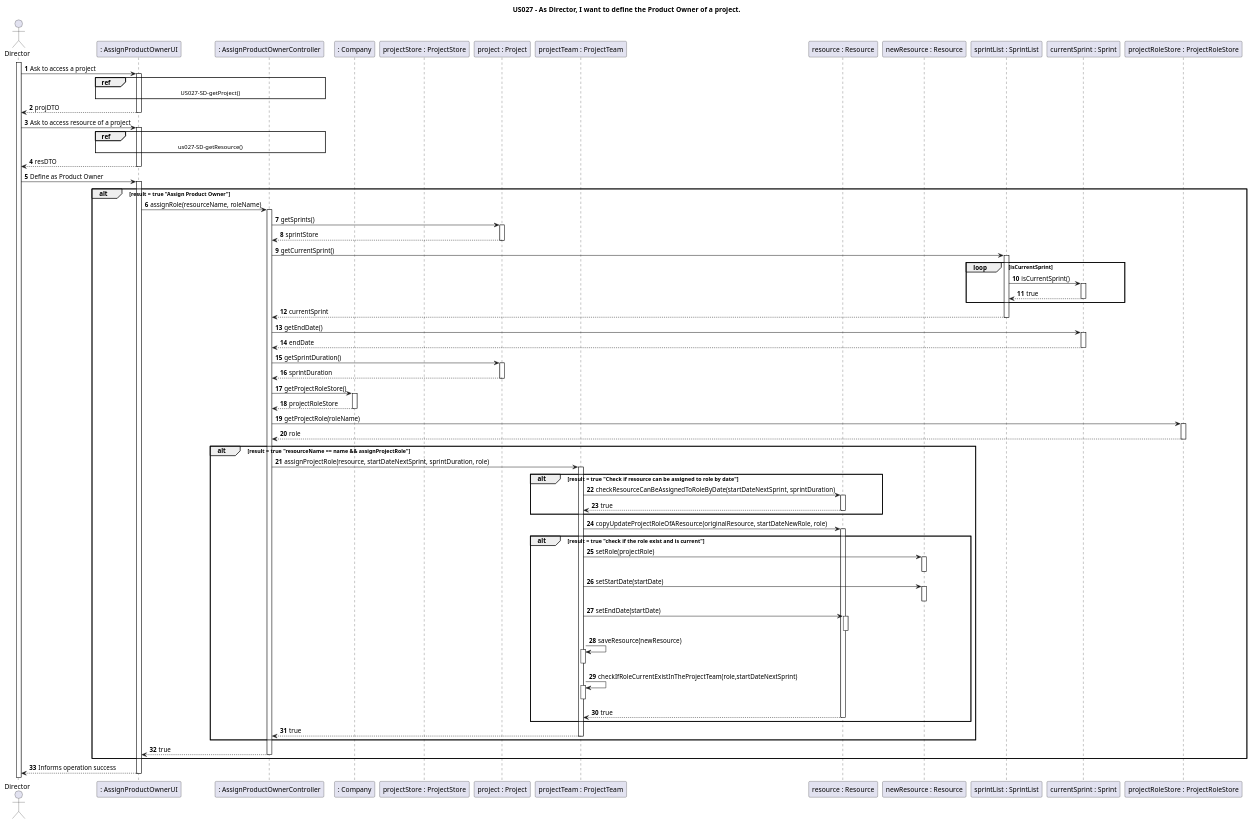
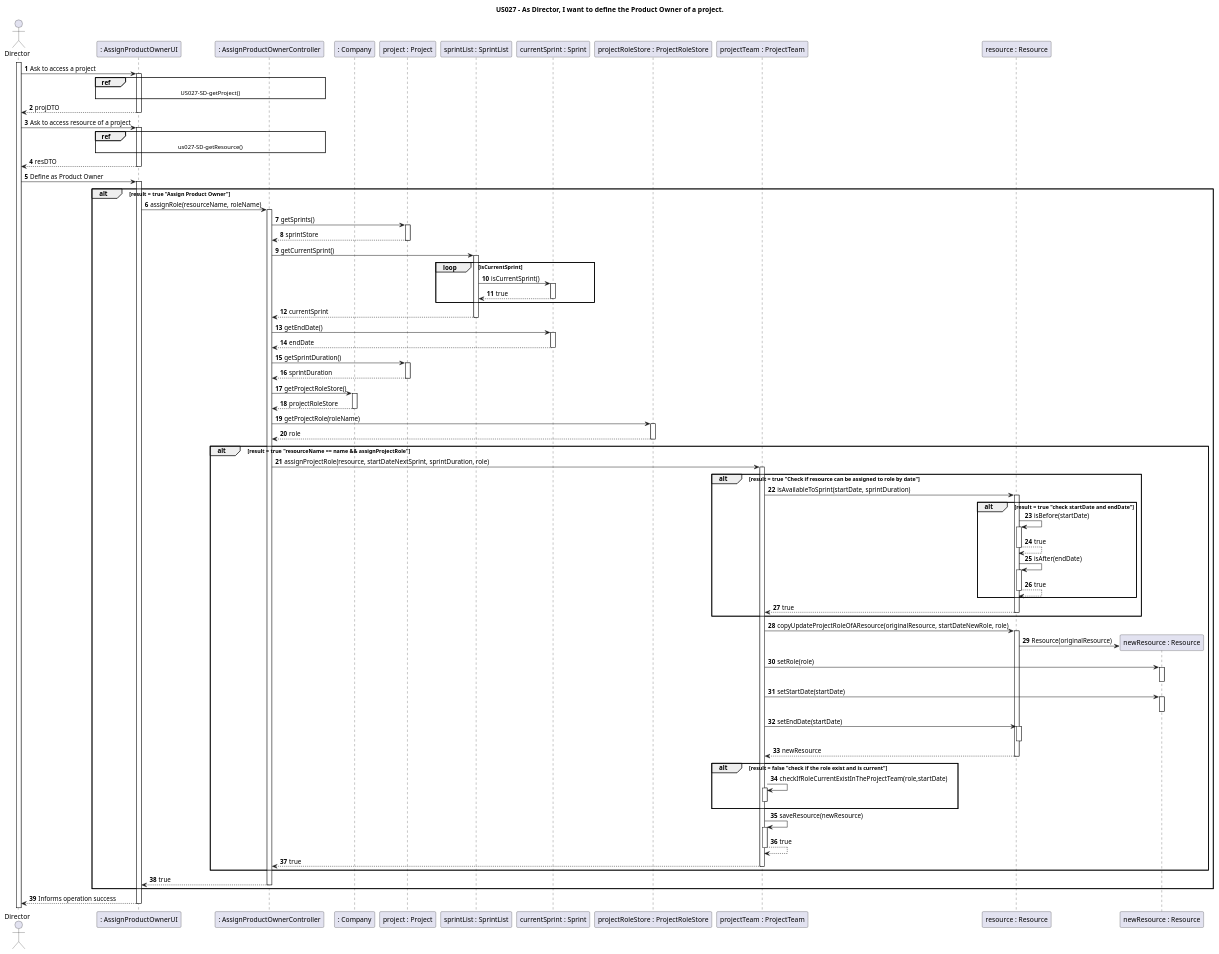
Before and after one commit to nunogon1211787/projectManagement: the diagram in docs/Sprint3/US027/US027-SD.puml, drawn with PlantUML. The commit also changed 5 other files, not shown here.

```diff
--- a/docs/Sprint3/US027/US027-SD.puml
+++ b/docs/Sprint3/US027/US027-SD.puml
@@ -1,77 +1,82 @@
 @startuml
 
 title "US027 - As Director, I want to define the Product Owner of a project."
 
 autoactivate on
 autonumber
 
 actor "Director" as Director
 participant ": AssignProductOwnerUI" as UI
 participant ": AssignProductOwnerController" as Controller
-participant ": Company" as C1
-participant "projectStore : ProjectStore" as C2
-participant "project : Project" as C3
-participant "projectTeam : ProjectTeam" as C4
-participant "resource : Resource" as C5
-participant "newResource : Resource" as C6
-participant "sprintList : SprintList" as C7
-participant "currentSprint : Sprint" as C8
-participant "projectRoleStore : ProjectRoleStore" as C9
+participant ": Company" as Company
+participant "project : Project" as Project
+participant "sprintList : SprintList" as SprintList
+participant "currentSprint : Sprint" as Sprint
+participant "projectRoleStore : ProjectRoleStore" as ProjectRoleStore
+participant "projectTeam : ProjectTeam" as ProjectTeam
+participant "resource : Resource" as OriginalResource
+participant "newResource : Resource" as newResource
 
 activate Director
 
 Director -> UI: Ask to access a project
     ref over UI, Controller : US027-SD-getProject()
 UI --> Director: projDTO
 
 Director -> UI: Ask to access resource of a project
     ref over UI, Controller : us027-SD-getResource()
 return resDTO
 
 Director -> UI: Define as Product Owner
 alt result = true "Assign Product Owner"
     UI -> Controller: assignRole(resourceName, roleName)
-    Controller -> C3: getSprints()
+    Controller -> Project: getSprints()
     return sprintStore
-    Controller -> C7: getCurrentSprint()
+    Controller -> SprintList: getCurrentSprint()
         loop isCurrentSprint
-            C7 -> C8: isCurrentSprint()
+            SprintList -> Sprint: isCurrentSprint()
             return true
         end
     return currentSprint
-    Controller -> C8: getEndDate()
+    Controller -> Sprint: getEndDate()
     return endDate
-    Controller -> C3: getSprintDuration()
+    Controller -> Project: getSprintDuration()
     return sprintDuration
-    Controller -> C1: getProjectRoleStore()
+    Controller -> Company: getProjectRoleStore()
     return projectRoleStore
-    Controller -> C9: getProjectRole(roleName)
+    Controller -> ProjectRoleStore: getProjectRole(roleName)
     return role
         alt result = true "resourceName == name && assignProjectRole"
-            Controller -> C4: assignProjectRole(resource, startDateNextSprint, sprintDuration, role)
+            Controller -> ProjectTeam: assignProjectRole(resource, startDateNextSprint, sprintDuration, role)
             alt result = true "Check if resource can be assigned to role by date"
-            C4 -> C5: checkResourceCanBeAssignedToRoleByDate(startDateNextSprint, sprintDuration)
+            ProjectTeam -> OriginalResource: isAvailableToSprint(startDate, sprintDuration)
+                alt result = true "check startDate and endDate"
+                OriginalResource -> OriginalResource: isBefore(startDate)
+                return true
+                OriginalResource -> OriginalResource: isAfter(endDate)
+                return true
+                end
             return true
             end
-            C4 -> C5: copyUpdateProjectRoleOfAResource(originalResource, startDateNewRole, role)
-            alt result = true "check if the role exist and is current"
-
-                C4 -> C6: setRole(projectRole)
+            ProjectTeam -> OriginalResource: copyUpdateProjectRoleOfAResource(originalResource, startDateNewRole, role)
+            OriginalResource -> newResource**: Resource(originalResource)
+                ProjectTeam -> newResource: setRole(role)
                 deactivate
-                C4 -> C6: setStartDate(startDate)
+                ProjectTeam -> newResource: setStartDate(startDate)
                 deactivate
-                C4 -> C5: setEndDate(startDate)
+                ProjectTeam -> OriginalResource: setEndDate(startDate)
                 deactivate
-                    C4 -> C4: saveResource(newResource)
+            return newResource
+            alt result = false "check if the role exist and is current"
+                    ProjectTeam -> ProjectTeam: checkIfRoleCurrentExistInTheProjectTeam(role,startDate)
                     deactivate
-                    C4 -> C4: checkIfRoleCurrentExistInTheProjectTeam(role,startDateNextSprint)
-                    deactivate
-                return true
             end
+                    ProjectTeam -> ProjectTeam: saveResource(newResource)
+                    return true
         return true
         end
     return true
 end
 return Informs operation success
 
 @enduml
```
